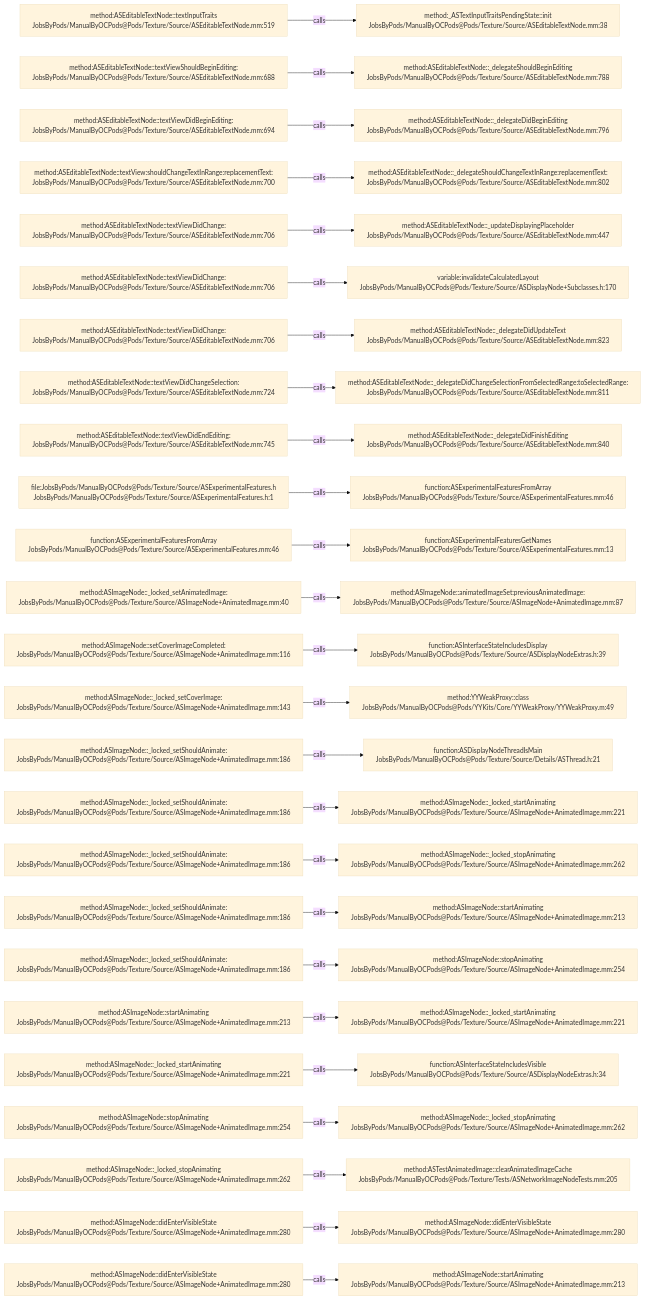
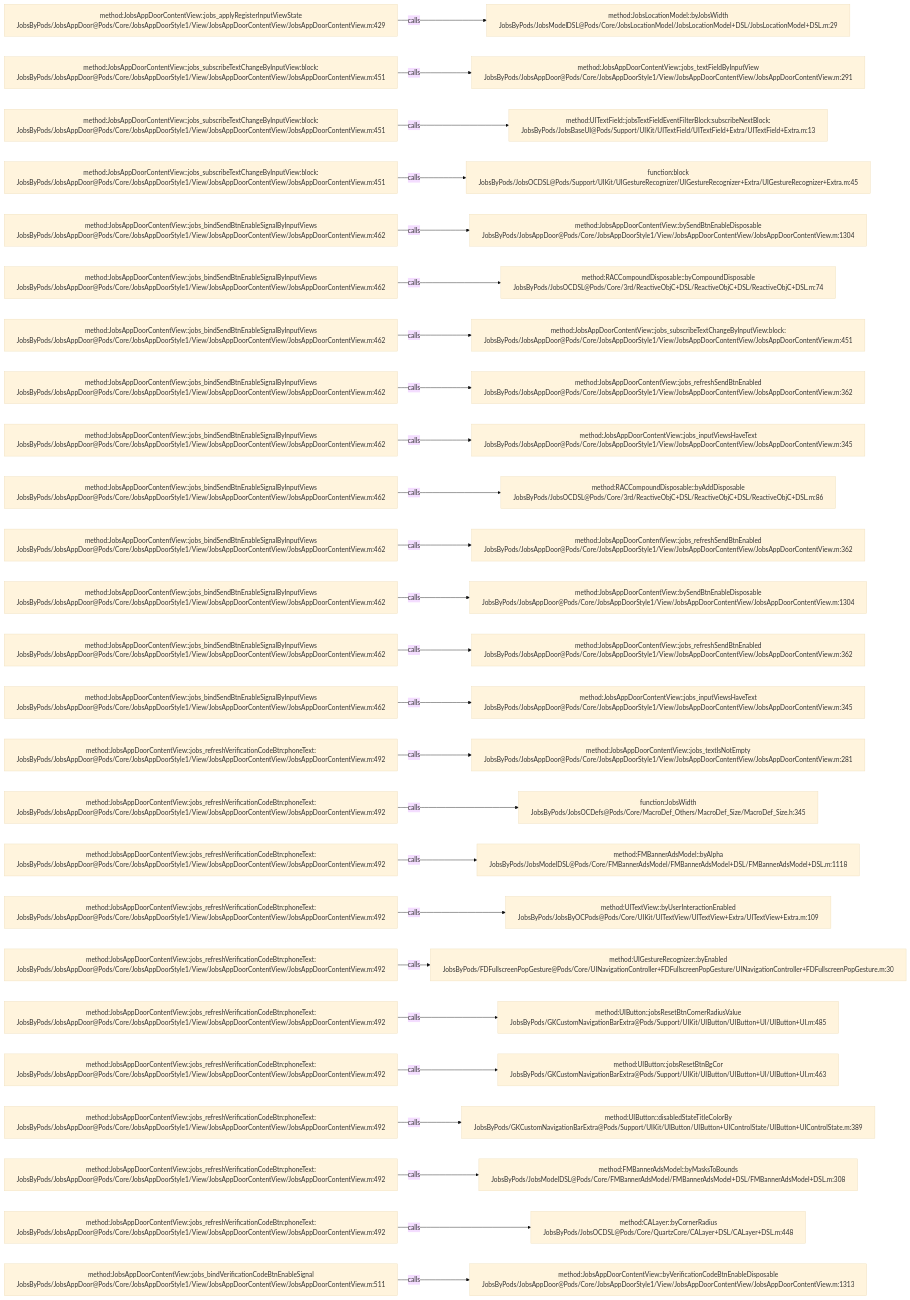
One commit to JobsKits/JobsOCBaseConfigDemo changed the diagram in .codegraph/codegraph.md/graphs/calls-093.md. Above: the diagram before and after it, drawn with Mermaid (base theme). The commit also changed 768 other files, not shown here.

````diff
--- a/.codegraph/codegraph.md/graphs/calls-093.md
+++ b/.codegraph/codegraph.md/graphs/calls-093.md
@@ -13,78 +13,78 @@
 ```mermaid
 flowchart LR
-  S1["method:ASEditableTextNode::textInputTraits<br/>JobsByPods/ManualByOCPods@Pods/Texture/Source/ASEditableTextNode.mm:519"]
-  T1["method:_ASTextInputTraitsPendingState::init<br/>JobsByPods/ManualByOCPods@Pods/Texture/Source/ASEditableTextNode.mm:38"]
+  S1["method:JobsAppDoorContentView::jobs_applyRegisterInputViewState<br/>JobsByPods/JobsAppDoor@Pods/Core/JobsAppDoorStyle1/View/JobsAppDoorContentView/JobsAppDoorContentView.m:429"]
+  T1["method:JobsLocationModel::byJobsWidth<br/>JobsByPods/JobsModelDSL@Pods/Core/JobsLocationModel/JobsLocationModel+DSL/JobsLocationModel+DSL.m:29"]
   S1 -->|calls| T1
-  S2["method:ASEditableTextNode::textViewShouldBeginEditing:<br/>JobsByPods/ManualByOCPods@Pods/Texture/Source/ASEditableTextNode.mm:688"]
-  T2["method:ASEditableTextNode::_delegateShouldBeginEditing<br/>JobsByPods/ManualByOCPods@Pods/Texture/Source/ASEditableTextNode.mm:788"]
+  S2["method:JobsAppDoorContentView::jobs_subscribeTextChangeByInputView:block:<br/>JobsByPods/JobsAppDoor@Pods/Core/JobsAppDoorStyle1/View/JobsAppDoorContentView/JobsAppDoorContentView.m:451"]
+  T2["method:JobsAppDoorContentView::jobs_textFieldByInputView<br/>JobsByPods/JobsAppDoor@Pods/Core/JobsAppDoorStyle1/View/JobsAppDoorContentView/JobsAppDoorContentView.m:291"]
   S2 -->|calls| T2
-  S3["method:ASEditableTextNode::textViewDidBeginEditing:<br/>JobsByPods/ManualByOCPods@Pods/Texture/Source/ASEditableTextNode.mm:694"]
-  T3["method:ASEditableTextNode::_delegateDidBeginEditing<br/>JobsByPods/ManualByOCPods@Pods/Texture/Source/ASEditableTextNode.mm:796"]
+  S3["method:JobsAppDoorContentView::jobs_subscribeTextChangeByInputView:block:<br/>JobsByPods/JobsAppDoor@Pods/Core/JobsAppDoorStyle1/View/JobsAppDoorContentView/JobsAppDoorContentView.m:451"]
+  T3["method:UITextField::jobsTextFieldEventFilterBlock:subscribeNextBlock:<br/>JobsByPods/JobsBaseUI@Pods/Support/UIKit/UITextField/UITextField+Extra/UITextField+Extra.m:13"]
   S3 -->|calls| T3
-  S4["method:ASEditableTextNode::textView:shouldChangeTextInRange:replacementText:<br/>JobsByPods/ManualByOCPods@Pods/Texture/Source/ASEditableTextNode.mm:700"]
-  T4["method:ASEditableTextNode::_delegateShouldChangeTextInRange:replacementText:<br/>JobsByPods/ManualByOCPods@Pods/Texture/Source/ASEditableTextNode.mm:802"]
+  S4["method:JobsAppDoorContentView::jobs_subscribeTextChangeByInputView:block:<br/>JobsByPods/JobsAppDoor@Pods/Core/JobsAppDoorStyle1/View/JobsAppDoorContentView/JobsAppDoorContentView.m:451"]
+  T4["function:block<br/>JobsByPods/JobsOCDSL@Pods/Support/UIKit/UIGestureRecognizer/UIGestureRecognizer+Extra/UIGestureRecognizer+Extra.m:45"]
   S4 -->|calls| T4
-  S5["method:ASEditableTextNode::textViewDidChange:<br/>JobsByPods/ManualByOCPods@Pods/Texture/Source/ASEditableTextNode.mm:706"]
-  T5["method:ASEditableTextNode::_updateDisplayingPlaceholder<br/>JobsByPods/ManualByOCPods@Pods/Texture/Source/ASEditableTextNode.mm:447"]
+  S5["method:JobsAppDoorContentView::jobs_bindSendBtnEnableSignalByInputViews<br/>JobsByPods/JobsAppDoor@Pods/Core/JobsAppDoorStyle1/View/JobsAppDoorContentView/JobsAppDoorContentView.m:462"]
+  T5["method:JobsAppDoorContentView::bySendBtnEnableDisposable<br/>JobsByPods/JobsAppDoor@Pods/Core/JobsAppDoorStyle1/View/JobsAppDoorContentView/JobsAppDoorContentView.m:1304"]
   S5 -->|calls| T5
-  S6["method:ASEditableTextNode::textViewDidChange:<br/>JobsByPods/ManualByOCPods@Pods/Texture/Source/ASEditableTextNode.mm:706"]
-  T6["variable:invalidateCalculatedLayout<br/>JobsByPods/ManualByOCPods@Pods/Texture/Source/ASDisplayNode+Subclasses.h:170"]
+  S6["method:JobsAppDoorContentView::jobs_bindSendBtnEnableSignalByInputViews<br/>JobsByPods/JobsAppDoor@Pods/Core/JobsAppDoorStyle1/View/JobsAppDoorContentView/JobsAppDoorContentView.m:462"]
+  T6["method:RACCompoundDisposable::byCompoundDisposable<br/>JobsByPods/JobsOCDSL@Pods/Core/3rd/ReactiveObjC+DSL/ReactiveObjC+DSL/ReactiveObjC+DSL.m:74"]
   S6 -->|calls| T6
-  S7["method:ASEditableTextNode::textViewDidChange:<br/>JobsByPods/ManualByOCPods@Pods/Texture/Source/ASEditableTextNode.mm:706"]
-  T7["method:ASEditableTextNode::_delegateDidUpdateText<br/>JobsByPods/ManualByOCPods@Pods/Texture/Source/ASEditableTextNode.mm:823"]
+  S7["method:JobsAppDoorContentView::jobs_bindSendBtnEnableSignalByInputViews<br/>JobsByPods/JobsAppDoor@Pods/Core/JobsAppDoorStyle1/View/JobsAppDoorContentView/JobsAppDoorContentView.m:462"]
+  T7["method:JobsAppDoorContentView::jobs_subscribeTextChangeByInputView:block:<br/>JobsByPods/JobsAppDoor@Pods/Core/JobsAppDoorStyle1/View/JobsAppDoorContentView/JobsAppDoorContentView.m:451"]
   S7 -->|calls| T7
-  S8["method:ASEditableTextNode::textViewDidChangeSelection:<br/>JobsByPods/ManualByOCPods@Pods/Texture/Source/ASEditableTextNode.mm:724"]
-  T8["method:ASEditableTextNode::_delegateDidChangeSelectionFromSelectedRange:toSelectedRange:<br/>JobsByPods/ManualByOCPods@Pods/Texture/Source/ASEditableTextNode.mm:811"]
+  S8["method:JobsAppDoorContentView::jobs_bindSendBtnEnableSignalByInputViews<br/>JobsByPods/JobsAppDoor@Pods/Core/JobsAppDoorStyle1/View/JobsAppDoorContentView/JobsAppDoorContentView.m:462"]
+  T8["method:JobsAppDoorContentView::jobs_refreshSendBtnEnabled<br/>JobsByPods/JobsAppDoor@Pods/Core/JobsAppDoorStyle1/View/JobsAppDoorContentView/JobsAppDoorContentView.m:362"]
   S8 -->|calls| T8
-  S9["method:ASEditableTextNode::textViewDidEndEditing:<br/>JobsByPods/ManualByOCPods@Pods/Texture/Source/ASEditableTextNode.mm:745"]
-  T9["method:ASEditableTextNode::_delegateDidFinishEditing<br/>JobsByPods/ManualByOCPods@Pods/Texture/Source/ASEditableTextNode.mm:840"]
+  S9["method:JobsAppDoorContentView::jobs_bindSendBtnEnableSignalByInputViews<br/>JobsByPods/JobsAppDoor@Pods/Core/JobsAppDoorStyle1/View/JobsAppDoorContentView/JobsAppDoorContentView.m:462"]
+  T9["method:JobsAppDoorContentView::jobs_inputViewsHaveText<br/>JobsByPods/JobsAppDoor@Pods/Core/JobsAppDoorStyle1/View/JobsAppDoorContentView/JobsAppDoorContentView.m:345"]
   S9 -->|calls| T9
-  S10["file:JobsByPods/ManualByOCPods@Pods/Texture/Source/ASExperimentalFeatures.h<br/>JobsByPods/ManualByOCPods@Pods/Texture/Source/ASExperimentalFeatures.h:1"]
-  T10["function:ASExperimentalFeaturesFromArray<br/>JobsByPods/ManualByOCPods@Pods/Texture/Source/ASExperimentalFeatures.mm:46"]
+  S10["method:JobsAppDoorContentView::jobs_bindSendBtnEnableSignalByInputViews<br/>JobsByPods/JobsAppDoor@Pods/Core/JobsAppDoorStyle1/View/JobsAppDoorContentView/JobsAppDoorContentView.m:462"]
+  T10["method:RACCompoundDisposable::byAddDisposable<br/>JobsByPods/JobsOCDSL@Pods/Core/3rd/ReactiveObjC+DSL/ReactiveObjC+DSL/ReactiveObjC+DSL.m:86"]
   S10 -->|calls| T10
-  S11["function:ASExperimentalFeaturesFromArray<br/>JobsByPods/ManualByOCPods@Pods/Texture/Source/ASExperimentalFeatures.mm:46"]
-  T11["function:ASExperimentalFeaturesGetNames<br/>JobsByPods/ManualByOCPods@Pods/Texture/Source/ASExperimentalFeatures.mm:13"]
+  S11["method:JobsAppDoorContentView::jobs_bindSendBtnEnableSignalByInputViews<br/>JobsByPods/JobsAppDoor@Pods/Core/JobsAppDoorStyle1/View/JobsAppDoorContentView/JobsAppDoorContentView.m:462"]
+  T11["method:JobsAppDoorContentView::jobs_refreshSendBtnEnabled<br/>JobsByPods/JobsAppDoor@Pods/Core/JobsAppDoorStyle1/View/JobsAppDoorContentView/JobsAppDoorContentView.m:362"]
   S11 -->|calls| T11
-  S12["method:ASImageNode::_locked_setAnimatedImage:<br/>JobsByPods/ManualByOCPods@Pods/Texture/Source/ASImageNode+AnimatedImage.mm:40"]
-  T12["method:ASImageNode::animatedImageSet:previousAnimatedImage:<br/>JobsByPods/ManualByOCPods@Pods/Texture/Source/ASImageNode+AnimatedImage.mm:87"]
+  S12["method:JobsAppDoorContentView::jobs_bindSendBtnEnableSignalByInputViews<br/>JobsByPods/JobsAppDoor@Pods/Core/JobsAppDoorStyle1/View/JobsAppDoorContentView/JobsAppDoorContentView.m:462"]
+  T12["method:JobsAppDoorContentView::bySendBtnEnableDisposable<br/>JobsByPods/JobsAppDoor@Pods/Core/JobsAppDoorStyle1/View/JobsAppDoorContentView/JobsAppDoorContentView.m:1304"]
   S12 -->|calls| T12
-  S13["method:ASImageNode::setCoverImageCompleted:<br/>JobsByPods/ManualByOCPods@Pods/Texture/Source/ASImageNode+AnimatedImage.mm:116"]
-  T13["function:ASInterfaceStateIncludesDisplay<br/>JobsByPods/ManualByOCPods@Pods/Texture/Source/ASDisplayNodeExtras.h:39"]
+  S13["method:JobsAppDoorContentView::jobs_bindSendBtnEnableSignalByInputViews<br/>JobsByPods/JobsAppDoor@Pods/Core/JobsAppDoorStyle1/View/JobsAppDoorContentView/JobsAppDoorContentView.m:462"]
+  T13["method:JobsAppDoorContentView::jobs_refreshSendBtnEnabled<br/>JobsByPods/JobsAppDoor@Pods/Core/JobsAppDoorStyle1/View/JobsAppDoorContentView/JobsAppDoorContentView.m:362"]
   S13 -->|calls| T13
-  S14["method:ASImageNode::_locked_setCoverImage:<br/>JobsByPods/ManualByOCPods@Pods/Texture/Source/ASImageNode+AnimatedImage.mm:143"]
-  T14["method:YYWeakProxy::class<br/>JobsByPods/ManualByOCPods@Pods/YYKits/Core/YYWeakProxy/YYWeakProxy.m:49"]
+  S14["method:JobsAppDoorContentView::jobs_bindSendBtnEnableSignalByInputViews<br/>JobsByPods/JobsAppDoor@Pods/Core/JobsAppDoorStyle1/View/JobsAppDoorContentView/JobsAppDoorContentView.m:462"]
+  T14["method:JobsAppDoorContentView::jobs_inputViewsHaveText<br/>JobsByPods/JobsAppDoor@Pods/Core/JobsAppDoorStyle1/View/JobsAppDoorContentView/JobsAppDoorContentView.m:345"]
   S14 -->|calls| T14
-  S15["method:ASImageNode::_locked_setShouldAnimate:<br/>JobsByPods/ManualByOCPods@Pods/Texture/Source/ASImageNode+AnimatedImage.mm:186"]
-  T15["function:ASDisplayNodeThreadIsMain<br/>JobsByPods/ManualByOCPods@Pods/Texture/Source/Details/ASThread.h:21"]
+  S15["method:JobsAppDoorContentView::jobs_refreshVerificationCodeBtn:phoneText:<br/>JobsByPods/JobsAppDoor@Pods/Core/JobsAppDoorStyle1/View/JobsAppDoorContentView/JobsAppDoorContentView.m:492"]
+  T15["method:JobsAppDoorContentView::jobs_textIsNotEmpty<br/>JobsByPods/JobsAppDoor@Pods/Core/JobsAppDoorStyle1/View/JobsAppDoorContentView/JobsAppDoorContentView.m:281"]
   S15 -->|calls| T15
-  S16["method:ASImageNode::_locked_setShouldAnimate:<br/>JobsByPods/ManualByOCPods@Pods/Texture/Source/ASImageNode+AnimatedImage.mm:186"]
-  T16["method:ASImageNode::_locked_startAnimating<br/>JobsByPods/ManualByOCPods@Pods/Texture/Source/ASImageNode+AnimatedImage.mm:221"]
+  S16["method:JobsAppDoorContentView::jobs_refreshVerificationCodeBtn:phoneText:<br/>JobsByPods/JobsAppDoor@Pods/Core/JobsAppDoorStyle1/View/JobsAppDoorContentView/JobsAppDoorContentView.m:492"]
+  T16["function:JobsWidth<br/>JobsByPods/JobsOCDefs@Pods/Core/MacroDef_Others/MacroDef_Size/MacroDef_Size.h:345"]
   S16 -->|calls| T16
-  S17["method:ASImageNode::_locked_setShouldAnimate:<br/>JobsByPods/ManualByOCPods@Pods/Texture/Source/ASImageNode+AnimatedImage.mm:186"]
-  T17["method:ASImageNode::_locked_stopAnimating<br/>JobsByPods/ManualByOCPods@Pods/Texture/Source/ASImageNode+AnimatedImage.mm:262"]
+  S17["method:JobsAppDoorContentView::jobs_refreshVerificationCodeBtn:phoneText:<br/>JobsByPods/JobsAppDoor@Pods/Core/JobsAppDoorStyle1/View/JobsAppDoorContentView/JobsAppDoorContentView.m:492"]
+  T17["method:FMBannerAdsModel::byAlpha<br/>JobsByPods/JobsModelDSL@Pods/Core/FMBannerAdsModel/FMBannerAdsModel+DSL/FMBannerAdsModel+DSL.m:1118"]
   S17 -->|calls| T17
-  S18["method:ASImageNode::_locked_setShouldAnimate:<br/>JobsByPods/ManualByOCPods@Pods/Texture/Source/ASImageNode+AnimatedImage.mm:186"]
-  T18["method:ASImageNode::startAnimating<br/>JobsByPods/ManualByOCPods@Pods/Texture/Source/ASImageNode+AnimatedImage.mm:213"]
+  S18["method:JobsAppDoorContentView::jobs_refreshVerificationCodeBtn:phoneText:<br/>JobsByPods/JobsAppDoor@Pods/Core/JobsAppDoorStyle1/View/JobsAppDoorContentView/JobsAppDoorContentView.m:492"]
+  T18["method:UITextView::byUserInteractionEnabled<br/>JobsByPods/JobsByOCPods@Pods/Core/UIKit/UITextView/UITextView+Extra/UITextView+Extra.m:109"]
   S18 -->|calls| T18
-  S19["method:ASImageNode::_locked_setShouldAnimate:<br/>JobsByPods/ManualByOCPods@Pods/Texture/Source/ASImageNode+AnimatedImage.mm:186"]
-  T19["method:ASImageNode::stopAnimating<br/>JobsByPods/ManualByOCPods@Pods/Texture/Source/ASImageNode+AnimatedImage.mm:254"]
+  S19["method:JobsAppDoorContentView::jobs_refreshVerificationCodeBtn:phoneText:<br/>JobsByPods/JobsAppDoor@Pods/Core/JobsAppDoorStyle1/View/JobsAppDoorContentView/JobsAppDoorContentView.m:492"]
+  T19["method:UIGestureRecognizer::byEnabled<br/>JobsByPods/FDFullscreenPopGesture@Pods/Core/UINavigationController+FDFullscreenPopGesture/UINavigationController+FDFullscreenPopGesture.m:30"]
   S19 -->|calls| T19
-  S20["method:ASImageNode::startAnimating<br/>JobsByPods/ManualByOCPods@Pods/Texture/Source/ASImageNode+AnimatedImage.mm:213"]
-  T20["method:ASImageNode::_locked_startAnimating<br/>JobsByPods/ManualByOCPods@Pods/Texture/Source/ASImageNode+AnimatedImage.mm:221"]
+  S20["method:JobsAppDoorContentView::jobs_refreshVerificationCodeBtn:phoneText:<br/>JobsByPods/JobsAppDoor@Pods/Core/JobsAppDoorStyle1/View/JobsAppDoorContentView/JobsAppDoorContentView.m:492"]
+  T20["method:UIButton::jobsResetBtnCornerRadiusValue<br/>JobsByPods/GKCustomNavigationBarExtra@Pods/Support/UIKit/UIButton/UIButton+UI/UIButton+UI.m:485"]
   S20 -->|calls| T20
-  S21["method:ASImageNode::_locked_startAnimating<br/>JobsByPods/ManualByOCPods@Pods/Texture/Source/ASImageNode+AnimatedImage.mm:221"]
-  T21["function:ASInterfaceStateIncludesVisible<br/>JobsByPods/ManualByOCPods@Pods/Texture/Source/ASDisplayNodeExtras.h:34"]
+  S21["method:JobsAppDoorContentView::jobs_refreshVerificationCodeBtn:phoneText:<br/>JobsByPods/JobsAppDoor@Pods/Core/JobsAppDoorStyle1/View/JobsAppDoorContentView/JobsAppDoorContentView.m:492"]
+  T21["method:UIButton::jobsResetBtnBgCor<br/>JobsByPods/GKCustomNavigationBarExtra@Pods/Support/UIKit/UIButton/UIButton+UI/UIButton+UI.m:463"]
   S21 -->|calls| T21
-  S22["method:ASImageNode::stopAnimating<br/>JobsByPods/ManualByOCPods@Pods/Texture/Source/ASImageNode+AnimatedImage.mm:254"]
-  T22["method:ASImageNode::_locked_stopAnimating<br/>JobsByPods/ManualByOCPods@Pods/Texture/Source/ASImageNode+AnimatedImage.mm:262"]
+  S22["method:JobsAppDoorContentView::jobs_refreshVerificationCodeBtn:phoneText:<br/>JobsByPods/JobsAppDoor@Pods/Core/JobsAppDoorStyle1/View/JobsAppDoorContentView/JobsAppDoorContentView.m:492"]
+  T22["method:UIButton::disabledStateTitleColorBy<br/>JobsByPods/GKCustomNavigationBarExtra@Pods/Support/UIKit/UIButton/UIButton+UIControlState/UIButton+UIControlState.m:389"]
   S22 -->|calls| T22
-  S23["method:ASImageNode::_locked_stopAnimating<br/>JobsByPods/ManualByOCPods@Pods/Texture/Source/ASImageNode+AnimatedImage.mm:262"]
-  T23["method:ASTestAnimatedImage::clearAnimatedImageCache<br/>JobsByPods/ManualByOCPods@Pods/Texture/Tests/ASNetworkImageNodeTests.mm:205"]
+  S23["method:JobsAppDoorContentView::jobs_refreshVerificationCodeBtn:phoneText:<br/>JobsByPods/JobsAppDoor@Pods/Core/JobsAppDoorStyle1/View/JobsAppDoorContentView/JobsAppDoorContentView.m:492"]
+  T23["method:FMBannerAdsModel::byMasksToBounds<br/>JobsByPods/JobsModelDSL@Pods/Core/FMBannerAdsModel/FMBannerAdsModel+DSL/FMBannerAdsModel+DSL.m:308"]
   S23 -->|calls| T23
-  S24["method:ASImageNode::didEnterVisibleState<br/>JobsByPods/ManualByOCPods@Pods/Texture/Source/ASImageNode+AnimatedImage.mm:280"]
-  T24["method:ASImageNode::didEnterVisibleState<br/>JobsByPods/ManualByOCPods@Pods/Texture/Source/ASImageNode+AnimatedImage.mm:280"]
+  S24["method:JobsAppDoorContentView::jobs_refreshVerificationCodeBtn:phoneText:<br/>JobsByPods/JobsAppDoor@Pods/Core/JobsAppDoorStyle1/View/JobsAppDoorContentView/JobsAppDoorContentView.m:492"]
+  T24["method:CALayer::byCornerRadius<br/>JobsByPods/JobsOCDSL@Pods/Core/QuartzCore/CALayer+DSL/CALayer+DSL.m:448"]
   S24 -->|calls| T24
-  S25["method:ASImageNode::didEnterVisibleState<br/>JobsByPods/ManualByOCPods@Pods/Texture/Source/ASImageNode+AnimatedImage.mm:280"]
-  T25["method:ASImageNode::startAnimating<br/>JobsByPods/ManualByOCPods@Pods/Texture/Source/ASImageNode+AnimatedImage.mm:213"]
+  S25["method:JobsAppDoorContentView::jobs_bindVerificationCodeBtnEnableSignal<br/>JobsByPods/JobsAppDoor@Pods/Core/JobsAppDoorStyle1/View/JobsAppDoorContentView/JobsAppDoorContentView.m:511"]
+  T25["method:JobsAppDoorContentView::byVerificationCodeBtnEnableDisposable<br/>JobsByPods/JobsAppDoor@Pods/Core/JobsAppDoorStyle1/View/JobsAppDoorContentView/JobsAppDoorContentView.m:1313"]
   S25 -->|calls| T25
 ```
````
